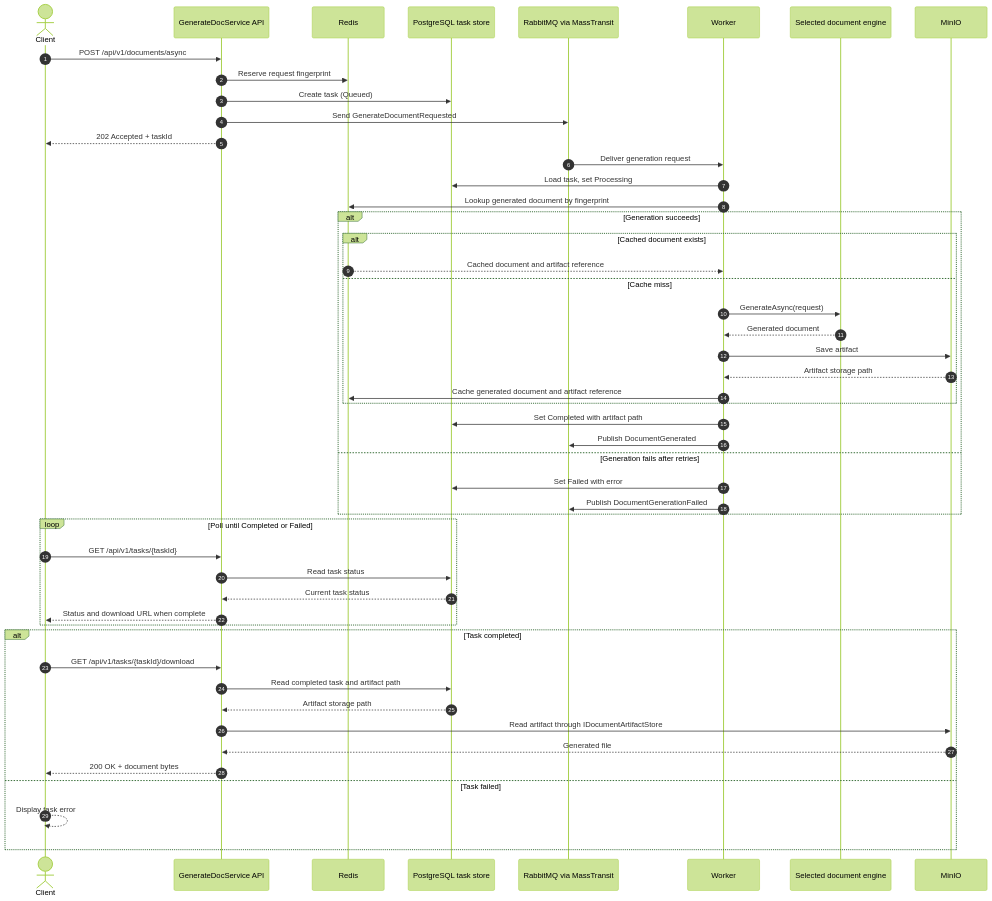
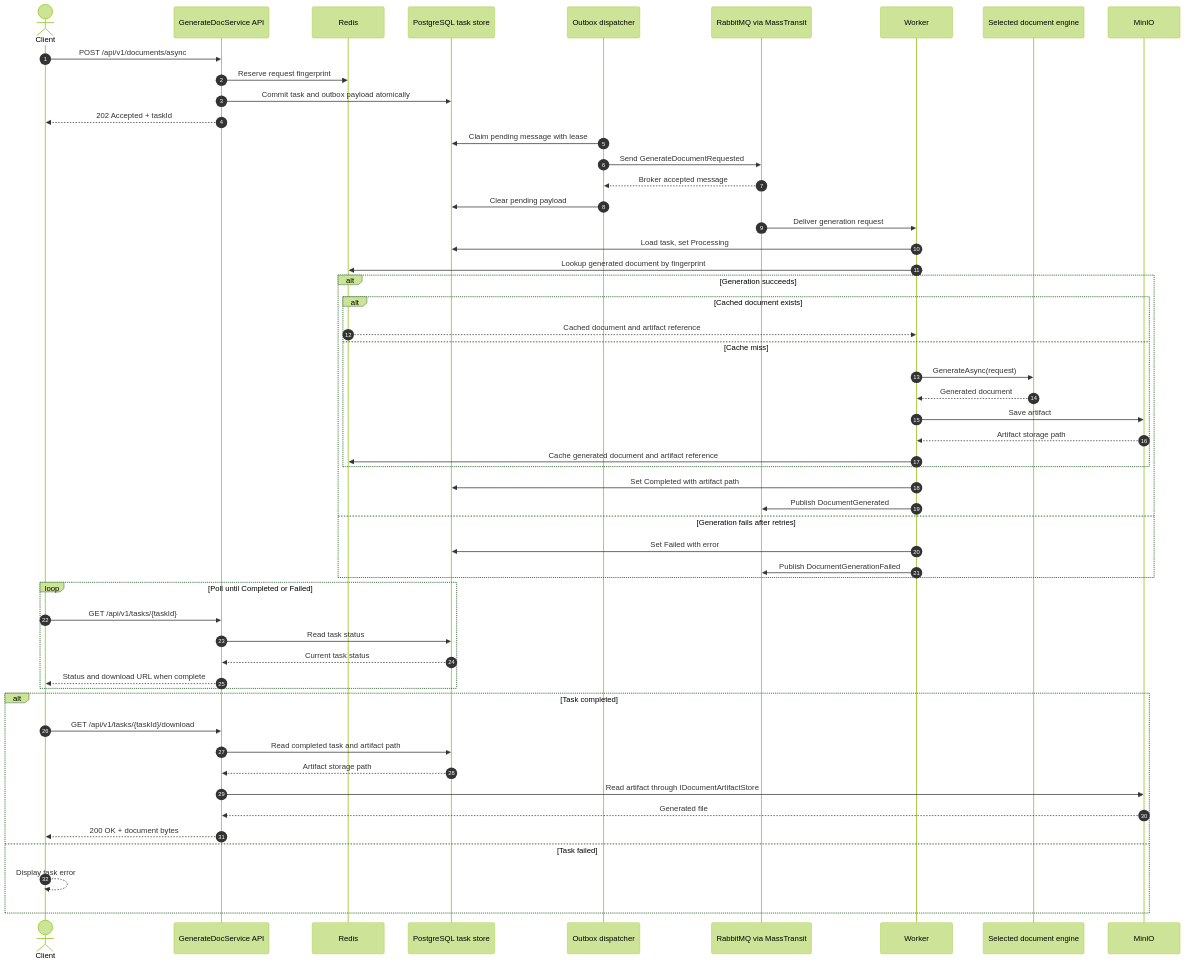
Before and after one commit to TheBearIsOne/GenerateDocService: the diagram in docs/async-generation-sequence.mmd, drawn with Mermaid (forest theme). The commit also changed 29 other files, not shown here.

First line of the commit message:
feat: Enhance Document Generation Task Persistence and Messaging

```diff
--- a/docs/async-generation-sequence.mmd
+++ b/docs/async-generation-sequence.mmd
@@ -1,54 +1,58 @@
 sequenceDiagram
     autonumber
     actor Client
     participant API as GenerateDocService API
     participant Redis
     participant DB as PostgreSQL task store
+    participant Outbox as Outbox dispatcher
     participant MQ as RabbitMQ via MassTransit
     participant Worker
     participant Engine as Selected document engine
     participant MinIO
 
     Client->>API: POST /api/v1/documents/async
     API->>Redis: Reserve request fingerprint
-    API->>DB: Create task (Queued)
-    API->>MQ: Send GenerateDocumentRequested
+    API->>DB: Commit task and outbox payload atomically
     API-->>Client: 202 Accepted + taskId
 
+    Outbox->>DB: Claim pending message with lease
+    Outbox->>MQ: Send GenerateDocumentRequested
+    MQ-->>Outbox: Broker accepted message
+    Outbox->>DB: Clear pending payload
     MQ->>Worker: Deliver generation request
     Worker->>DB: Load task, set Processing
     Worker->>Redis: Lookup generated document by fingerprint
     alt Generation succeeds
         alt Cached document exists
             Redis-->>Worker: Cached document and artifact reference
         else Cache miss
             Worker->>Engine: GenerateAsync(request)
             Engine-->>Worker: Generated document
             Worker->>MinIO: Save artifact
             MinIO-->>Worker: Artifact storage path
             Worker->>Redis: Cache generated document and artifact reference
         end
         Worker->>DB: Set Completed with artifact path
         Worker->>MQ: Publish DocumentGenerated
     else Generation fails after retries
         Worker->>DB: Set Failed with error
         Worker->>MQ: Publish DocumentGenerationFailed
     end
 
     loop Poll until Completed or Failed
         Client->>API: GET /api/v1/tasks/{taskId}
         API->>DB: Read task status
         DB-->>API: Current task status
         API-->>Client: Status and download URL when complete
     end
 
     alt Task completed
         Client->>API: GET /api/v1/tasks/{taskId}/download
         API->>DB: Read completed task and artifact path
         DB-->>API: Artifact storage path
         API->>MinIO: Read artifact through IDocumentArtifactStore
         MinIO-->>API: Generated file
         API-->>Client: 200 OK + document bytes
     else Task failed
         Client-->>Client: Display task error
     end
```
